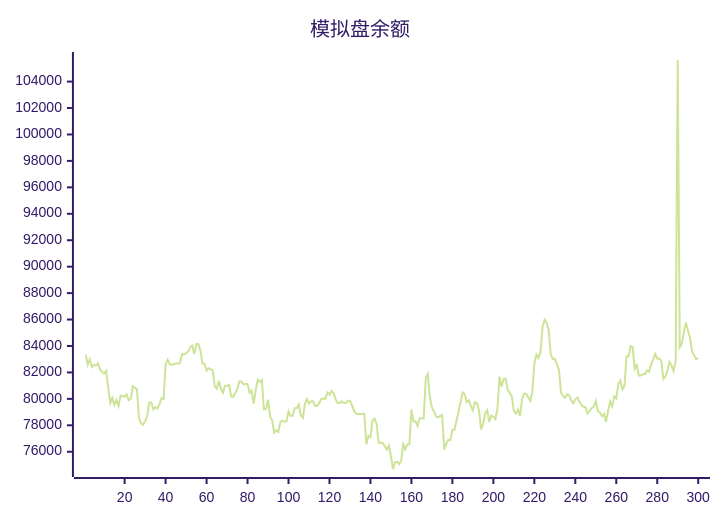
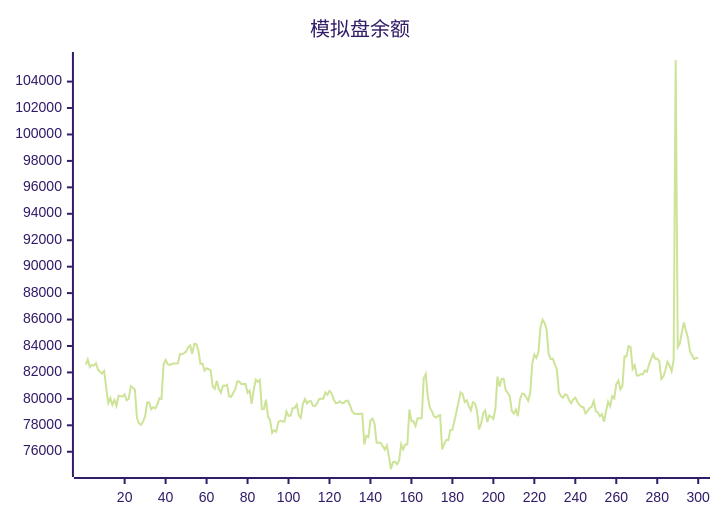
One commit to aahl/ai-trading changed the diagram in README.md. Above: the diagram before and after it, drawn with Mermaid (forest theme). The commit also changed other lines of this file and 1 other file, not shown here.

````diff
--- a/README.md
+++ b/README.md
@@ -5,5 +5,5 @@
 ```mermaid
 xychart
     title "模拟盘余额"
-    line [83356,82582,82983,82404,82572,82512,82688,82200,82047,81920,82125,80840,79688,80060,79552,79920,79470,80236,80208,80170,80336,79894,80006,80954,80837,80712,78561,78139,78037,78293,78682,79720,79720,79214,79372,79279,79591,80046,79993,82625,82950,82626,82571,82633,82670,82670,82681,83386,83378,83464,83579,83920,84037,83402,84160,84142,83652,82655,82655,82145,82315,82243,82163,80934,80770,81371,80742,80468,80989,80989,81067,80191,80155,80450,80737,81309,81309,81106,81119,81119,80471,80631,79624,80670,81448,81290,81429,79212,79222,79940,78643,78380,77432,77623,77504,78235,78358,78284,78277,79048,78714,78714,79290,79308,79567,78763,78563,79603,79988,79652,79813,79813,79476,79469,79673,79995,80015,80015,80486,80314,80600,80436,79966,79689,79689,79819,79692,79692,79850,79850,79518,79071,78889,78850,78850,78878,78878,76554,77202,77103,78357,78510,78106,76678,76677,76672,76411,76159,76485,75656,74695,75197,75246,75052,75334,76564,76179,76553,76551,79196,78300,78300,77944,78531,78531,78521,81564,81884,80160,79335,79055,78675,78580,78708,78764,76179,76586,76902,76876,77658,77669,78346,79023,79769,80497,80366,79761,79896,79448,79126,79749,79658,79097,77695,78114,78888,79126,78249,78738,78653,78478,79271,81680,80923,81488,81527,80681,80455,80190,79084,78879,79193,78686,79954,80403,80374,80118,79848,80491,82665,83351,83098,83525,85430,85983,85737,85221,83378,83014,83043,82613,82216,80477,80208,80081,80348,80277,79894,79670,79965,80093,79786,79542,79406,79371,78893,79087,79304,79406,79841,79072,78978,78696,78846,78272,79085,79787,79442,80198,80031,81120,81379,80718,80985,83214,83212,83993,83921,82270,82547,81776,81776,81866,81866,82158,82061,82596,83000,83408,83041,83050,82858,81503,81691,82188,82812,82517,82092,82901,105633,83898,84180,85030,85781,85178,84604,83569,83298,83008,83093]
+    line [82582,82983,82404,82572,82512,82688,82200,82047,81920,82125,80840,79688,80060,79552,79920,79470,80236,80208,80170,80336,79894,80006,80954,80837,80712,78561,78139,78037,78293,78682,79720,79720,79214,79372,79279,79591,80046,79993,82625,82950,82626,82571,82633,82670,82670,82681,83386,83378,83464,83579,83920,84037,83402,84160,84142,83652,82655,82655,82145,82315,82243,82163,80934,80770,81371,80742,80468,80989,80989,81067,80191,80155,80450,80737,81309,81309,81106,81119,81119,80471,80631,79624,80670,81448,81290,81429,79212,79222,79940,78643,78380,77432,77623,77504,78235,78358,78284,78277,79048,78714,78714,79290,79308,79567,78763,78563,79603,79988,79652,79813,79813,79476,79469,79673,79995,80015,80015,80486,80314,80600,80436,79966,79689,79689,79819,79692,79692,79850,79850,79518,79071,78889,78850,78850,78878,78878,76554,77202,77103,78357,78510,78106,76678,76677,76672,76411,76159,76485,75656,74695,75197,75246,75052,75334,76564,76179,76553,76551,79196,78300,78300,77944,78531,78531,78521,81564,81884,80160,79335,79055,78675,78580,78708,78764,76179,76586,76902,76876,77658,77669,78346,79023,79769,80497,80366,79761,79896,79448,79126,79749,79658,79097,77695,78114,78888,79126,78249,78738,78653,78478,79271,81680,80923,81488,81527,80681,80455,80190,79084,78879,79193,78686,79954,80403,80374,80118,79848,80491,82665,83351,83098,83525,85430,85983,85737,85221,83378,83014,83043,82613,82216,80477,80208,80081,80348,80277,79894,79670,79965,80093,79786,79542,79406,79371,78893,79087,79304,79406,79841,79072,78978,78696,78846,78272,79085,79787,79442,80198,80031,81120,81379,80718,80985,83214,83212,83993,83921,82270,82547,81776,81776,81866,81866,82158,82061,82596,83000,83408,83041,83050,82858,81503,81691,82188,82812,82517,82092,82901,105633,83898,84180,85030,85781,85178,84604,83569,83298,83008,83093,83107]
 ```
````
